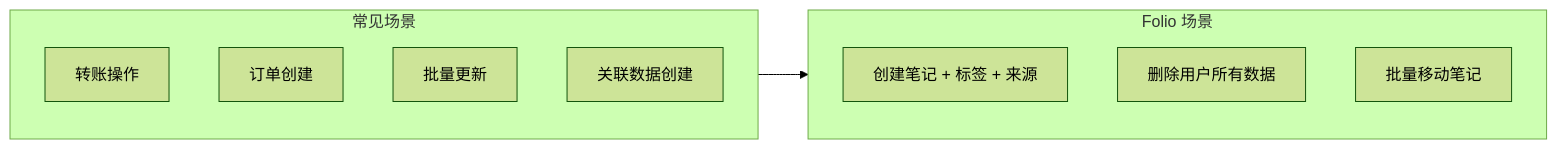
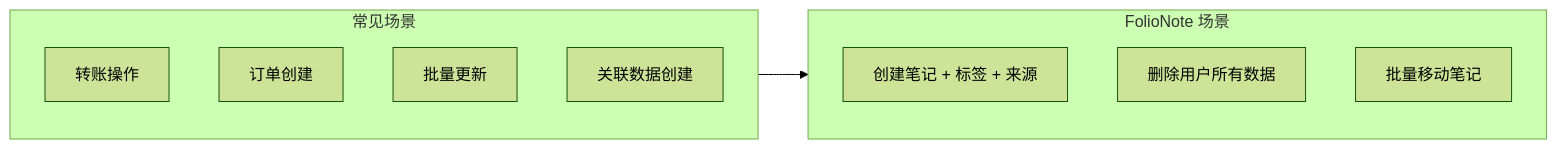
Diagram 20 of 31 in docs/database-guide.md (AmbitionsXXXV/FolioNote), drawn with Mermaid (forest theme) before and after one commit. The commit also changed other lines of this file and 10 other files, not shown here.

````diff
--- a/docs/database-guide.md
+++ b/docs/database-guide.md
@@ -751,17 +751,17 @@
 ```mermaid
 flowchart LR
     subgraph Scenarios["常见场景"]
         S1["转账操作"]
         S2["订单创建"]
         S3["批量更新"]
         S4["关联数据创建"]
     end
 
-    subgraph Example["Folio 场景"]
+    subgraph Example["FolioNote 场景"]
         E1["创建笔记 + 标签 + 来源"]
         E2["删除用户所有数据"]
         E3["批量移动笔记"]
     end
 
     Scenarios --> Example
 ```
````
